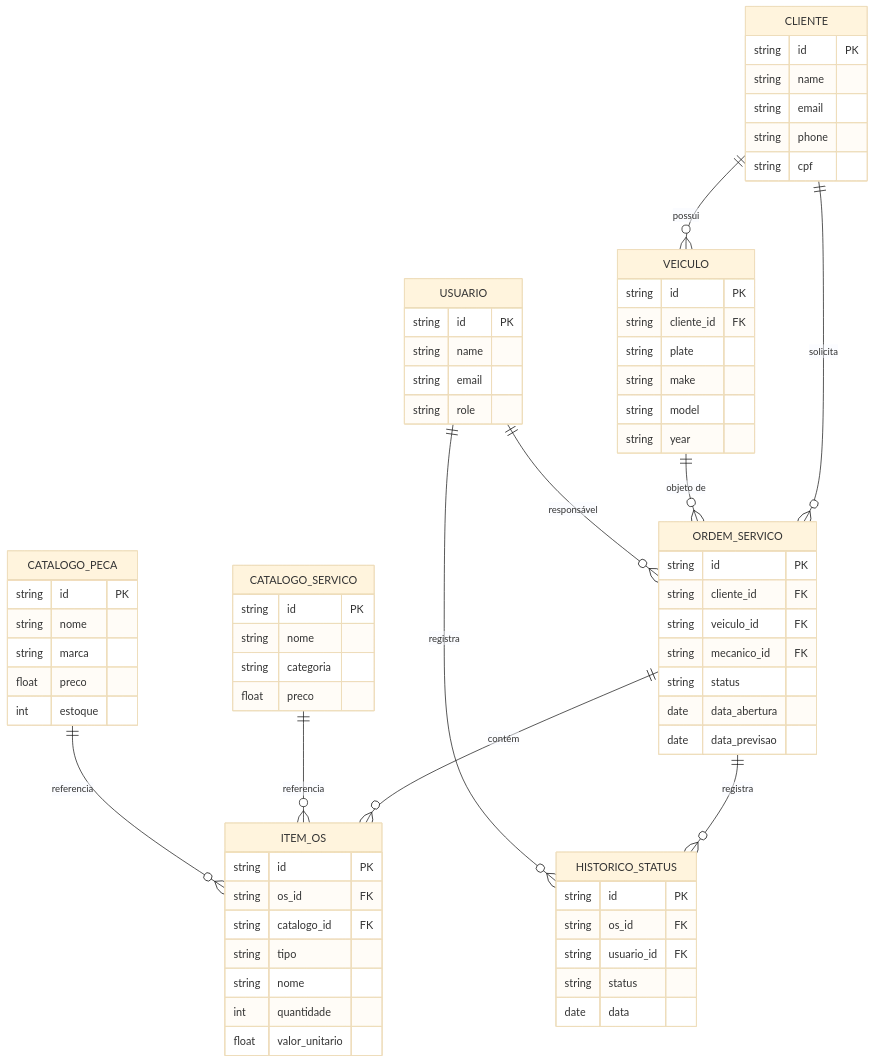
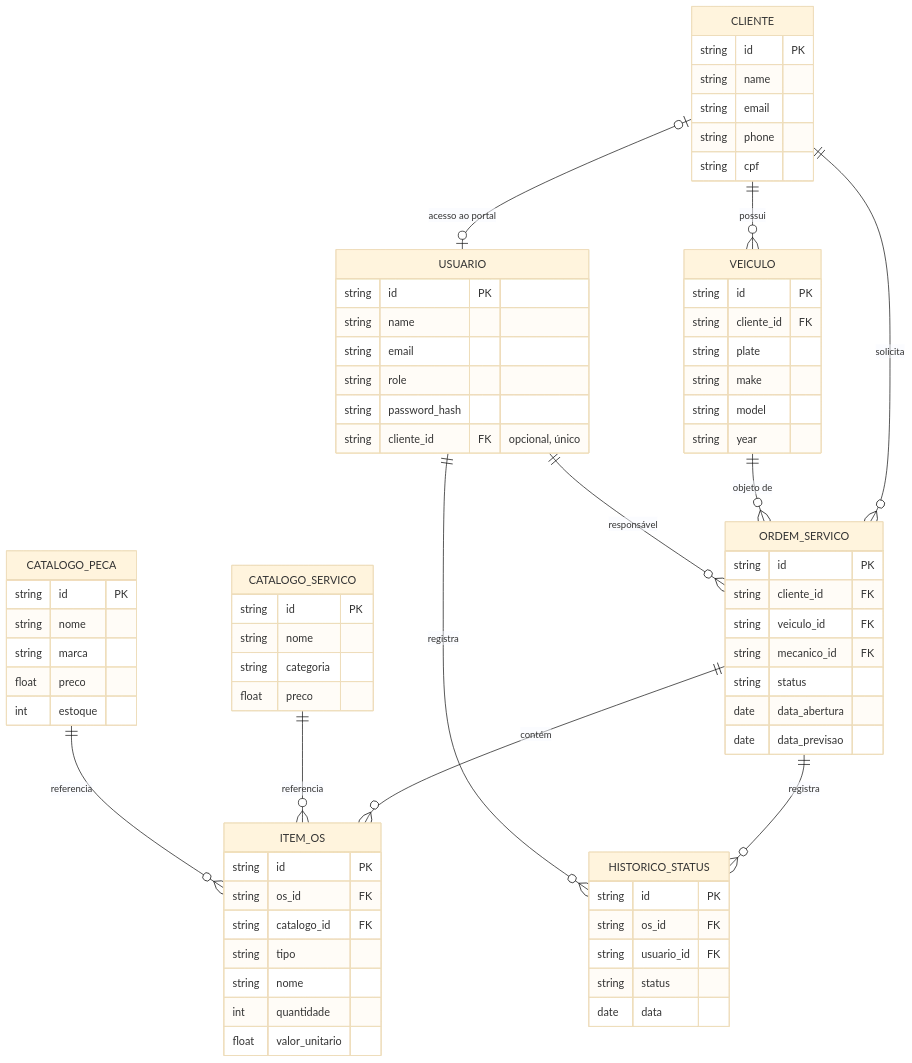
Before and after one commit to miguettohuertas/torque-gestao: the diagram in docs/diagramas/modelo-er.md, drawn with Mermaid (base theme). The commit also changed other lines of this file and 28 other files, not shown here.

Commit message:
Integração frontend e portal do cliente

````diff
--- a/docs/diagramas/modelo-er.md
+++ b/docs/diagramas/modelo-er.md
@@ -5,79 +5,82 @@
 ```mermaid
 erDiagram
     CLIENTE {
         string id     PK
         string name
         string email
         string phone
         string cpf
     }
 
     VEICULO {
         string id         PK
         string cliente_id FK
         string plate
         string make
         string model
         string year
     }
 
     USUARIO {
         string id    PK
         string name
         string email
         string role
+        string password_hash
+        string cliente_id FK "opcional, único"
     }
 
     ORDEM_SERVICO {
         string id          PK
         string cliente_id  FK
         string veiculo_id  FK
         string mecanico_id FK
         string status
         date   data_abertura
         date   data_previsao
     }
 
     ITEM_OS {
         string id          PK
         string os_id       FK
         string catalogo_id FK
         string tipo
         string nome
         int    quantidade
         float  valor_unitario
     }
 
     HISTORICO_STATUS {
         string id         PK
         string os_id      FK
         string usuario_id FK
         string status
         date   data
     }
 
     CATALOGO_SERVICO {
         string id       PK
         string nome
         string categoria
         float  preco
     }
 
     CATALOGO_PECA {
         string id    PK
         string nome
         string marca
         float  preco
         int    estoque
     }
 
+    CLIENTE          o|--o| USUARIO          : "acesso ao portal"
     CLIENTE          ||--o{ VEICULO          : "possui"
     CLIENTE          ||--o{ ORDEM_SERVICO    : "solicita"
     VEICULO          ||--o{ ORDEM_SERVICO    : "objeto de"
     USUARIO          ||--o{ ORDEM_SERVICO    : "responsável"
     ORDEM_SERVICO    ||--o{ ITEM_OS          : "contém"
     ORDEM_SERVICO    ||--o{ HISTORICO_STATUS : "registra"
     USUARIO          ||--o{ HISTORICO_STATUS : "registra"
     CATALOGO_SERVICO ||--o{ ITEM_OS          : "referencia"
     CATALOGO_PECA    ||--o{ ITEM_OS          : "referencia"
 ```
````
